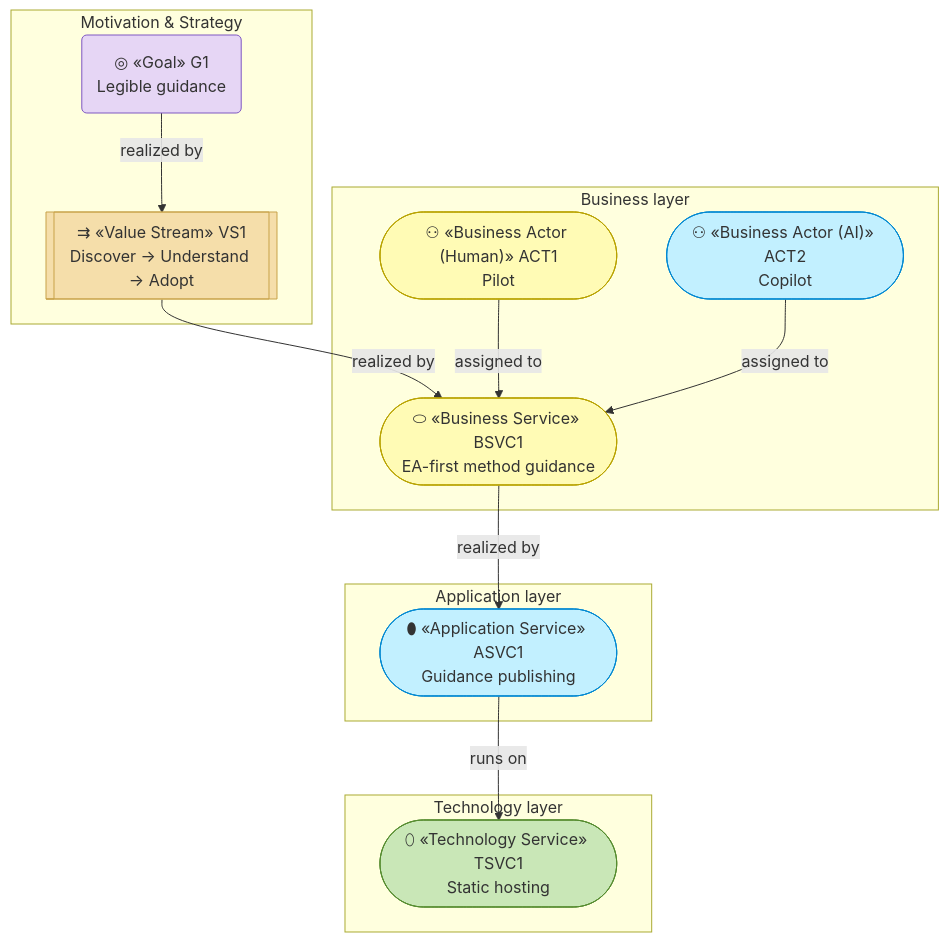
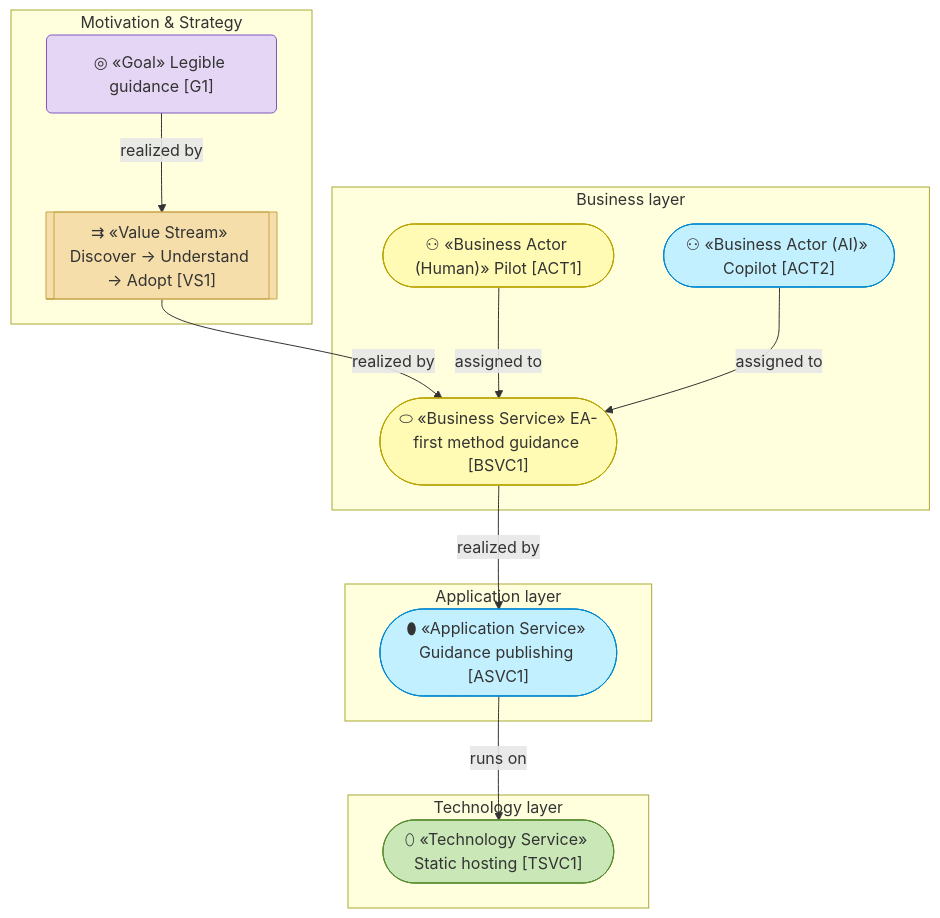
The diagram in product-archreator/site/architecture/README.md (roanboc/architecture-archreator), drawn with Mermaid before and after one commit. The commit also changed 38 other files, not shown here.

````diff
--- a/product-archreator/site/architecture/README.md
+++ b/product-archreator/site/architecture/README.md
@@ -44,34 +44,34 @@
 ```mermaid
 flowchart TB
   subgraph MOT["Motivation & Strategy"]
-    g1("◎ «Goal» G1<br>Legible guidance"):::motivation
-    vs1[["⇉ «Value Stream» VS1<br>Discover → Understand → Adopt"]]:::strategy
+    g1("◎ «Goal» Legible guidance [G1]"):::motivation
+    vs1[["⇉ «Value Stream» Discover → Understand → Adopt [VS1]"]]:::strategy
   end
 
   subgraph BUS["Business layer"]
-    bsvc1(["⬭ «Business Service» BSVC1<br>EA-first method guidance"]):::business
-    act1(["⚇ «Business Actor (Human)» ACT1<br>Pilot"]):::business
-    act2(["⚇ «Business Actor (AI)» ACT2<br>Copilot"]):::application
+    bsvc1(["⬭ «Business Service» EA-first method guidance [BSVC1]"]):::business
+    act1(["⚇ «Business Actor (Human)» Pilot [ACT1]"]):::business
+    act2(["⚇ «Business Actor (AI)» Copilot [ACT2]"]):::application
   end
 
   subgraph APP["Application layer"]
-    asvc1(["⬮ «Application Service» ASVC1<br>Guidance publishing"]):::application
+    asvc1(["⬮ «Application Service» Guidance publishing [ASVC1]"]):::application
   end
 
   subgraph TEC["Technology layer"]
-    tsvc1(["⬯ «Technology Service» TSVC1<br>Static hosting"]):::technology
+    tsvc1(["⬯ «Technology Service» Static hosting [TSVC1]"]):::technology
   end
 
   g1 -->|realized by| vs1
   vs1 -->|realized by| bsvc1
   act1 -->|assigned to| bsvc1
   act2 -->|assigned to| bsvc1
   bsvc1 -->|realized by| asvc1
   asvc1 -->|runs on| tsvc1
 
   classDef motivation fill:#e6d6f5,stroke:#7e57c2,color:#333
   classDef strategy fill:#f5deaa,stroke:#c8a24a,color:#333
   classDef business fill:#fffbb5,stroke:#b8a200,color:#333
   classDef application fill:#c2f0ff,stroke:#0288d1,color:#333
   classDef technology fill:#c9e7b7,stroke:#558b2f,color:#333
 ```
````
